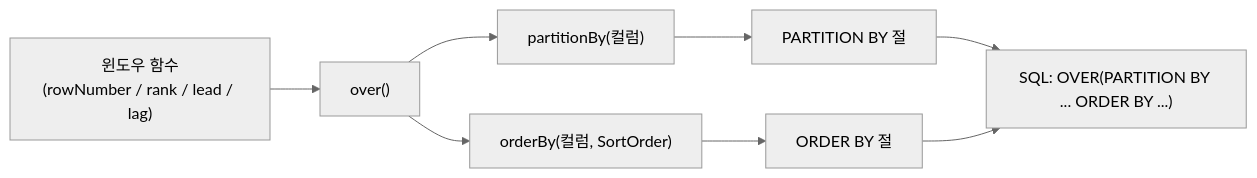
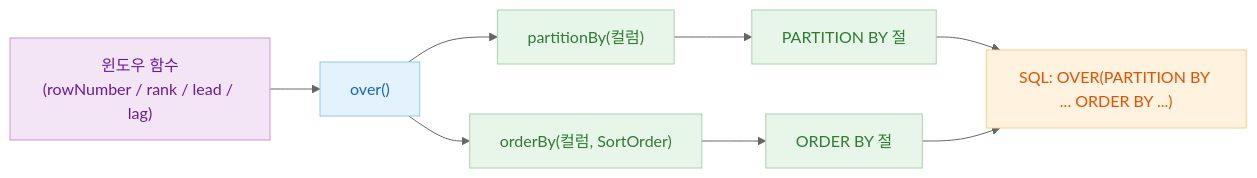
The second of 2 diagrams in 05-exposed-dml/03-functions/README.md (bluetape4k/exposed-workshop), drawn with Mermaid (neutral theme) before and after one commit. The commit also changed other lines of this file and 56 other files, not shown here.

First line of the commit message:
docs: 전체 README mermaid 다이어그램에 파스텔 톤 색상 적용

````diff
--- a/05-exposed-dml/03-functions/README.md
+++ b/05-exposed-dml/03-functions/README.md
@@ -93,10 +113,21 @@
 ```mermaid
 flowchart LR
     A["윈도우 함수\n(rowNumber / rank / lead / lag)"] --> B["over()"]
     B --> C["partitionBy(컬럼)"]
     B --> D["orderBy(컬럼, SortOrder)"]
     C --> E["PARTITION BY 절"]
     D --> F["ORDER BY 절"]
     E --> G["SQL: OVER(PARTITION BY ... ORDER BY ...)"]
     F --> G
+
+    classDef purple fill:#F3E5F5,stroke:#CE93D8,color:#6A1B9A
+    classDef blue fill:#E3F2FD,stroke:#90CAF9,color:#1565C0
+    classDef green fill:#E8F5E9,stroke:#A5D6A7,color:#2E7D32
+    classDef orange fill:#FFF3E0,stroke:#FFCC80,color:#E65100
+
+    class A purple
+    class B blue
+    class C,D green
+    class E,F green
+    class G orange
 ```
````
